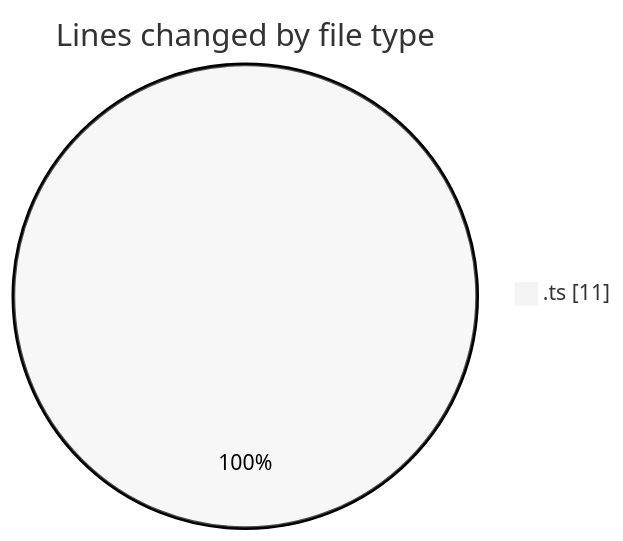
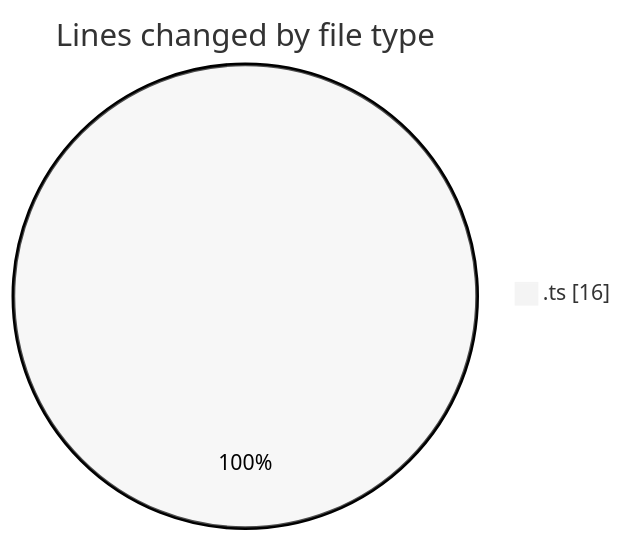
One commit to Ritupan-Deka/code-tracking changed the first of 2 diagrams in 2025-10-19/typescript/README.md. Above: the diagram before and after it, drawn with Mermaid (neutral theme). The commit also changed other lines of this file and 1 other file, not shown here.

````diff
--- a/2025-10-19/typescript/README.md
+++ b/2025-10-19/typescript/README.md
@@ -20,5 +21,5 @@
 ```mermaid
 pie showData
 title Lines changed by file type
-".ts" : 11
+".ts" : 16
 ```
````
